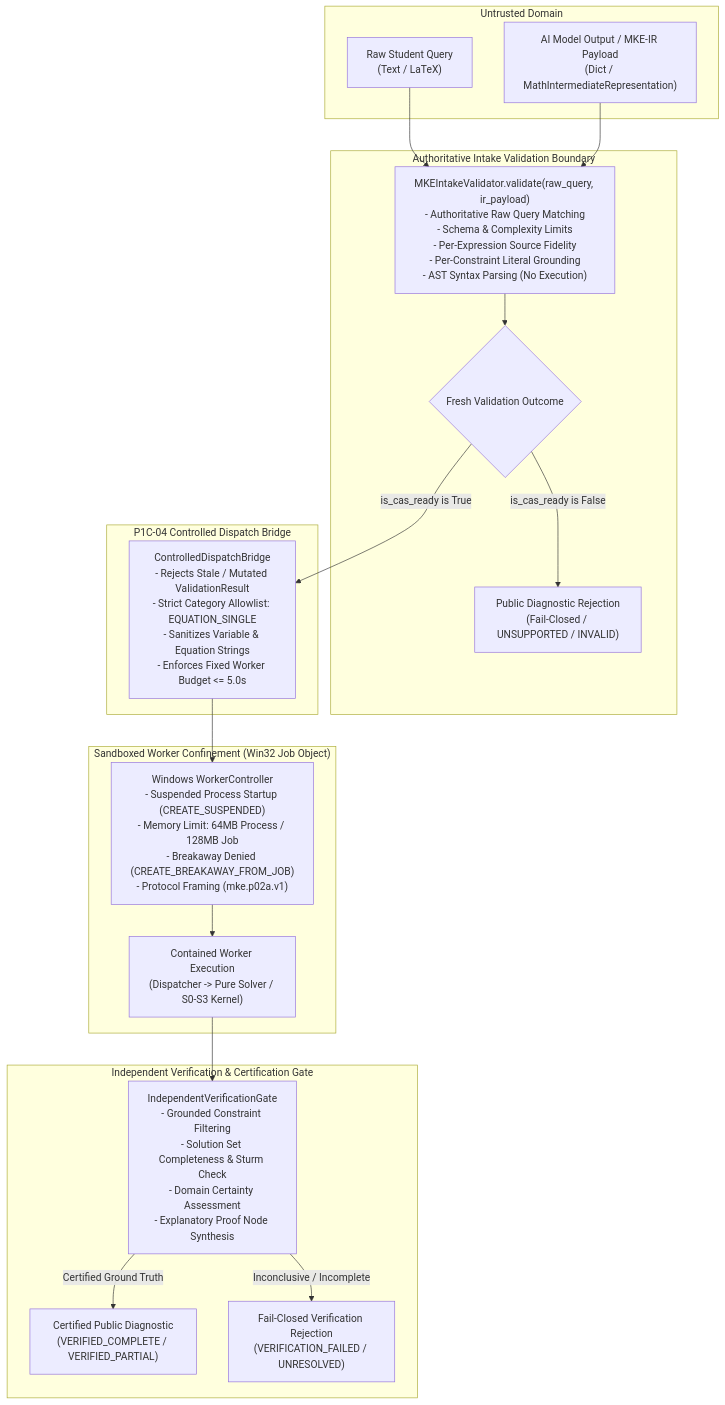
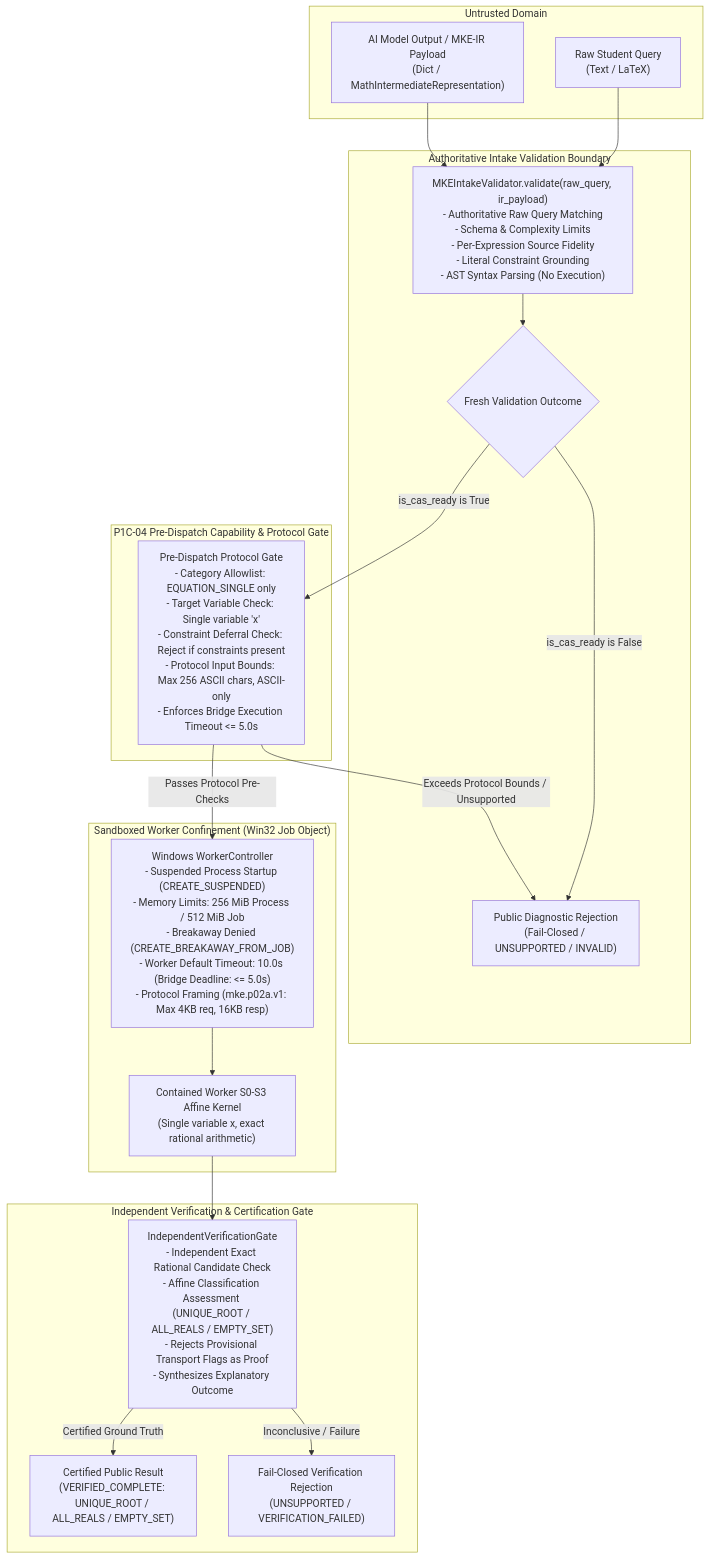
Before and after one commit to PhanHoangKe/math-knowledge-engine: the first of 2 diagrams in docs/architecture/P1C_04_A_CONTROLLED_DISPATCH_PREFLIGHT.md, drawn with Mermaid. The commit also changed other lines of this file, not shown here.

Commit message:
docs(architecture): correct P1C-04-A preflight specification with worker limits, affine capabilities, and verification contract

````diff
--- a/docs/architecture/P1C_04_A_CONTROLLED_DISPATCH_PREFLIGHT.md
+++ b/docs/architecture/P1C_04_A_CONTROLLED_DISPATCH_PREFLIGHT.md
@@ -26,39 +26,40 @@
 ```mermaid
 flowchart TD
     subgraph UntrustedDomain["Untrusted Domain"]
         A["Raw Student Query<br/>(Text / LaTeX)"]
         B["AI Model Output / MKE-IR Payload<br/>(Dict / MathIntermediateRepresentation)"]
     end
 
     subgraph IntakeBoundary["Authoritative Intake Validation Boundary"]
-        C["MKEIntakeValidator.validate(raw_query, ir_payload)<br/>- Authoritative Raw Query Matching<br/>- Schema & Complexity Limits<br/>- Per-Expression Source Fidelity<br/>- Per-Constraint Literal Grounding<br/>- AST Syntax Parsing (No Execution)"]
+        C["MKEIntakeValidator.validate(raw_query, ir_payload)<br/>- Authoritative Raw Query Matching<br/>- Schema & Complexity Limits<br/>- Per-Expression Source Fidelity<br/>- Literal Constraint Grounding<br/>- AST Syntax Parsing (No Execution)"]
         D{"Fresh Validation Outcome"}
         E["Public Diagnostic Rejection<br/>(Fail-Closed / UNSUPPORTED / INVALID)"]
     end
 
-    subgraph DispatchBridge["P1C-04 Controlled Dispatch Bridge"]
-        F["ControlledDispatchBridge<br/>- Rejects Stale / Mutated ValidationResult<br/>- Strict Category Allowlist: EQUATION_SINGLE<br/>- Sanitizes Variable & Equation Strings<br/>- Enforces Fixed Worker Budget <= 5.0s"]
+    subgraph PreDispatchGate["P1C-04 Pre-Dispatch Capability & Protocol Gate"]
+        F["Pre-Dispatch Protocol Gate<br/>- Category Allowlist: EQUATION_SINGLE only<br/>- Target Variable Check: Single variable 'x'<br/>- Constraint Deferral Check: Reject if constraints present<br/>- Protocol Input Bounds: Max 256 ASCII chars, ASCII-only<br/>- Enforces Bridge Execution Timeout <= 5.0s"]
     end
 
     subgraph SandboxedWorker["Sandboxed Worker Confinement (Win32 Job Object)"]
-        G["Windows WorkerController<br/>- Suspended Process Startup (CREATE_SUSPENDED)<br/>- Memory Limit: 64MB Process / 128MB Job<br/>- Breakaway Denied (CREATE_BREAKAWAY_FROM_JOB)<br/>- Protocol Framing (mke.p02a.v1)"]
-        H["Contained Worker Execution<br/>(Dispatcher -> Pure Solver / S0-S3 Kernel)"]
+        G["Windows WorkerController<br/>- Suspended Process Startup (CREATE_SUSPENDED)<br/>- Memory Limits: 256 MiB Process / 512 MiB Job<br/>- Breakaway Denied (CREATE_BREAKAWAY_FROM_JOB)<br/>- Worker Default Timeout: 10.0s (Bridge Deadline: <= 5.0s)<br/>- Protocol Framing (mke.p02a.v1: Max 4KB req, 16KB resp)"]
+        H["Contained Worker S0-S3 Affine Kernel<br/>(Single variable x, exact rational arithmetic)"]
     end
 
     subgraph VerificationGate["Independent Verification & Certification Gate"]
-        I["IndependentVerificationGate<br/>- Grounded Constraint Filtering<br/>- Solution Set Completeness & Sturm Check<br/>- Domain Certainty Assessment<br/>- Explanatory Proof Node Synthesis"]
-        J["Certified Public Diagnostic<br/>(VERIFIED_COMPLETE / VERIFIED_PARTIAL)"]
-        K["Fail-Closed Verification Rejection<br/>(VERIFICATION_FAILED / UNRESOLVED)"]
+        I["IndependentVerificationGate<br/>- Independent Exact Rational Candidate Check<br/>- Affine Classification Assessment (UNIQUE_ROOT / ALL_REALS / EMPTY_SET)<br/>- Rejects Provisional Transport Flags as Proof<br/>- Synthesizes Explanatory Outcome"]
+        J["Certified Public Result<br/>(VERIFIED_COMPLETE: UNIQUE_ROOT / ALL_REALS / EMPTY_SET)"]
+        K["Fail-Closed Verification Rejection<br/>(UNSUPPORTED / VERIFICATION_FAILED)"]
     end
 
     A --> C
     B --> C
     C --> D
     D -->|"is_cas_ready is False"| E
     D -->|"is_cas_ready is True"| F
-    F --> G
+    F -->|"Exceeds Protocol Bounds / Unsupported"| E
+    F -->|"Passes Protocol Pre-Checks"| G
     G --> H
     H --> I
     I -->|"Certified Ground Truth"| J
-    I -->|"Inconclusive / Incomplete"| K
+    I -->|"Inconclusive / Failure"| K
 ```
````
